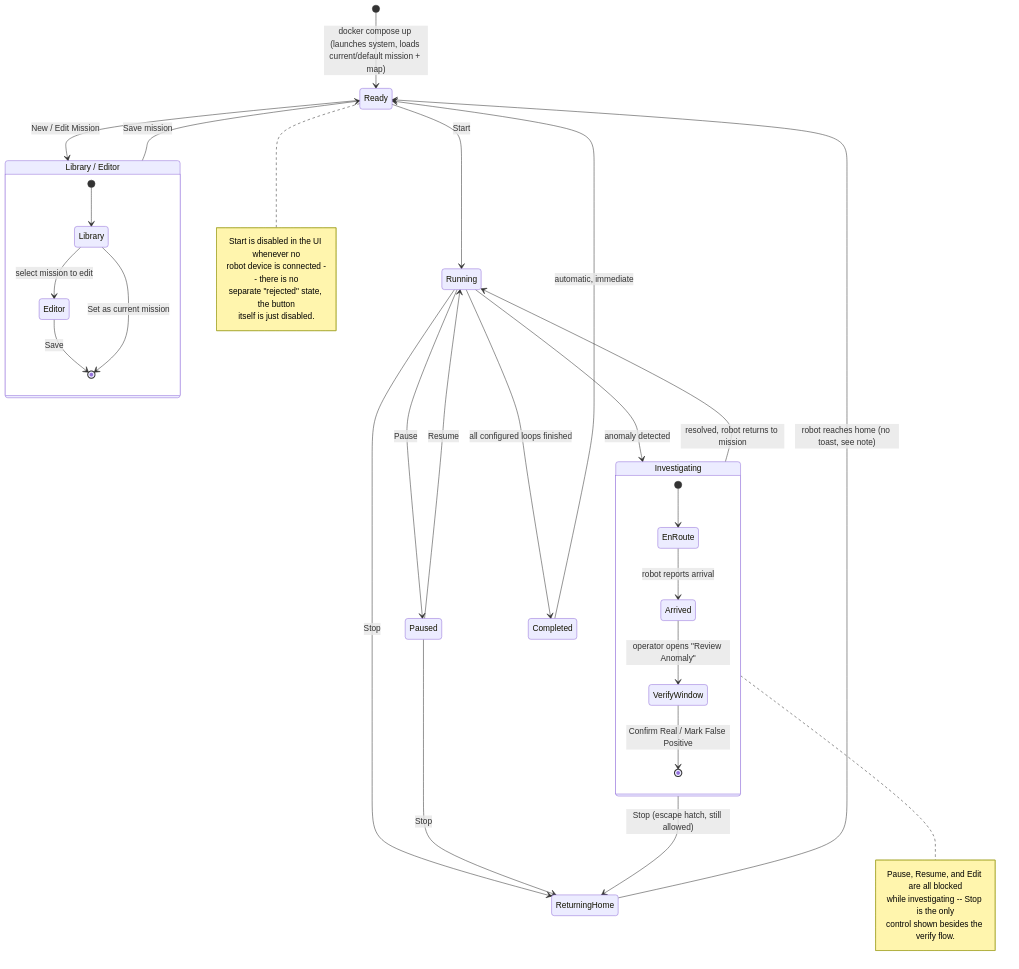
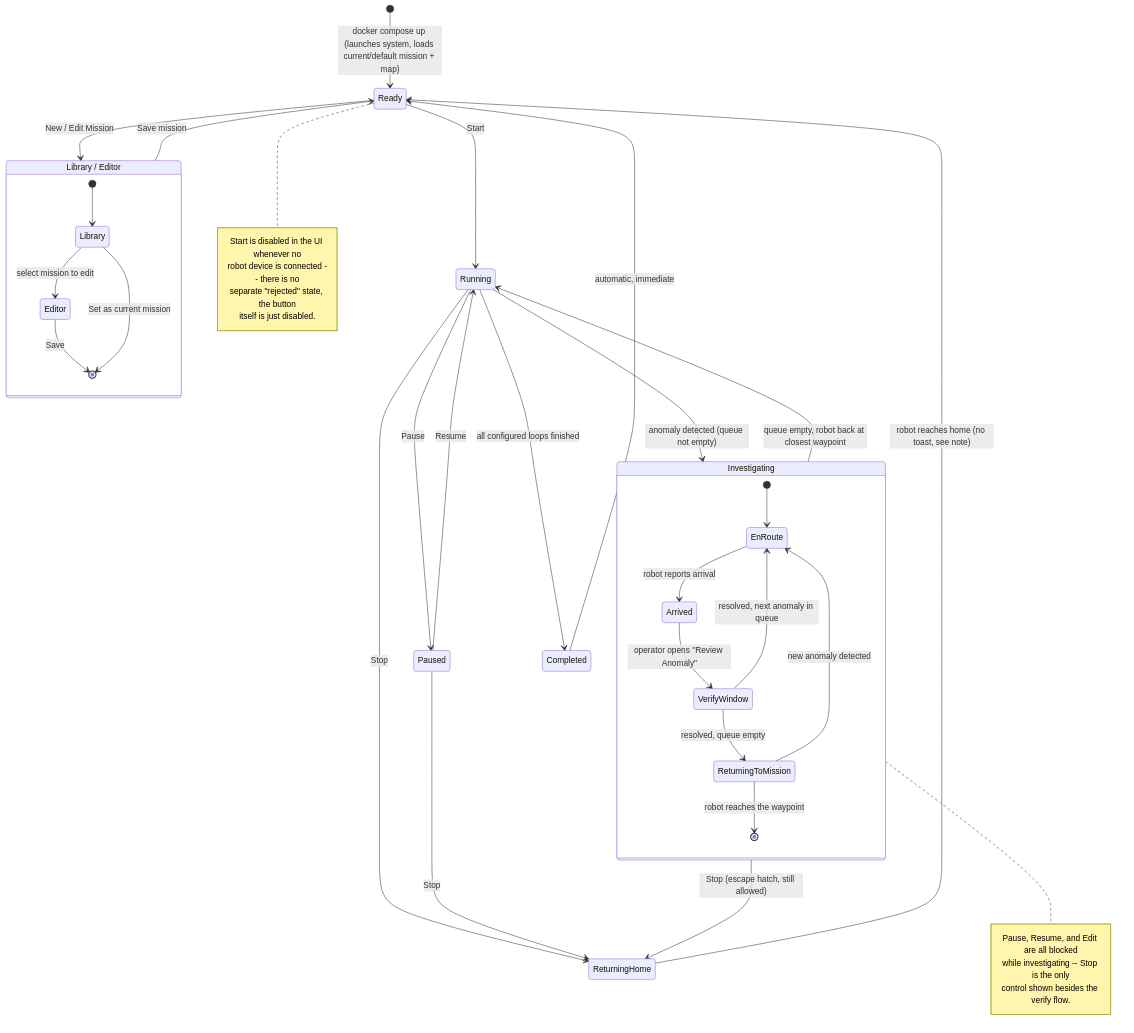
One commit to patrol-knight/mission-manager changed the diagram in README.md. Above: the diagram before and after it, drawn with Mermaid. The commit also changed other lines of this file and 4 other files, not shown here.

````diff
--- a/README.md
+++ b/README.md
@@ -50,48 +50,51 @@
 ```mermaid
 stateDiagram-v2
     [*] --> Ready : docker compose up (launches system, loads current/default mission + map)
 
     state "Library / Editor" as Editing {
         [*] --> Library
         Library --> Editor : select mission to edit
         Editor --> [*] : Save
         Library --> [*] : Set as current mission
     }
 
     Ready --> Editing : New / Edit Mission
     Editing --> Ready : Save mission
 
     Ready --> Running : Start
     note right of Ready
         Start is disabled in the UI whenever no
         robot device is connected -- there is no
         separate "rejected" state, the button
         itself is just disabled.
     end note
 
     Running --> Paused : Pause
     Paused --> Running : Resume
 
     Running --> ReturningHome : Stop
     Paused --> ReturningHome : Stop
     ReturningHome --> Ready : robot reaches home (no toast, see note)
 
-    Running --> Investigating : anomaly detected
-    Investigating --> Running : resolved, robot returns to mission
+    Running --> Investigating : anomaly detected (queue not empty)
+    Investigating --> Running : queue empty, robot back at closest waypoint
     Investigating --> ReturningHome : Stop (escape hatch, still allowed)
 
     state Investigating {
         [*] --> EnRoute
         EnRoute --> Arrived : robot reports arrival
         Arrived --> VerifyWindow : operator opens "Review Anomaly"
-        VerifyWindow --> [*] : Confirm Real / Mark False Positive
+        VerifyWindow --> EnRoute : resolved, next anomaly in queue
+        VerifyWindow --> ReturningToMission : resolved, queue empty
+        ReturningToMission --> EnRoute : new anomaly detected
+        ReturningToMission --> [*] : robot reaches the waypoint
     }
     note right of Investigating
         Pause, Resume, and Edit are all blocked
         while investigating -- Stop is the only
         control shown besides the verify flow.
     end note
 
     Running --> Completed : all configured loops finished
     Completed --> Ready : automatic, immediate
 ```
````
